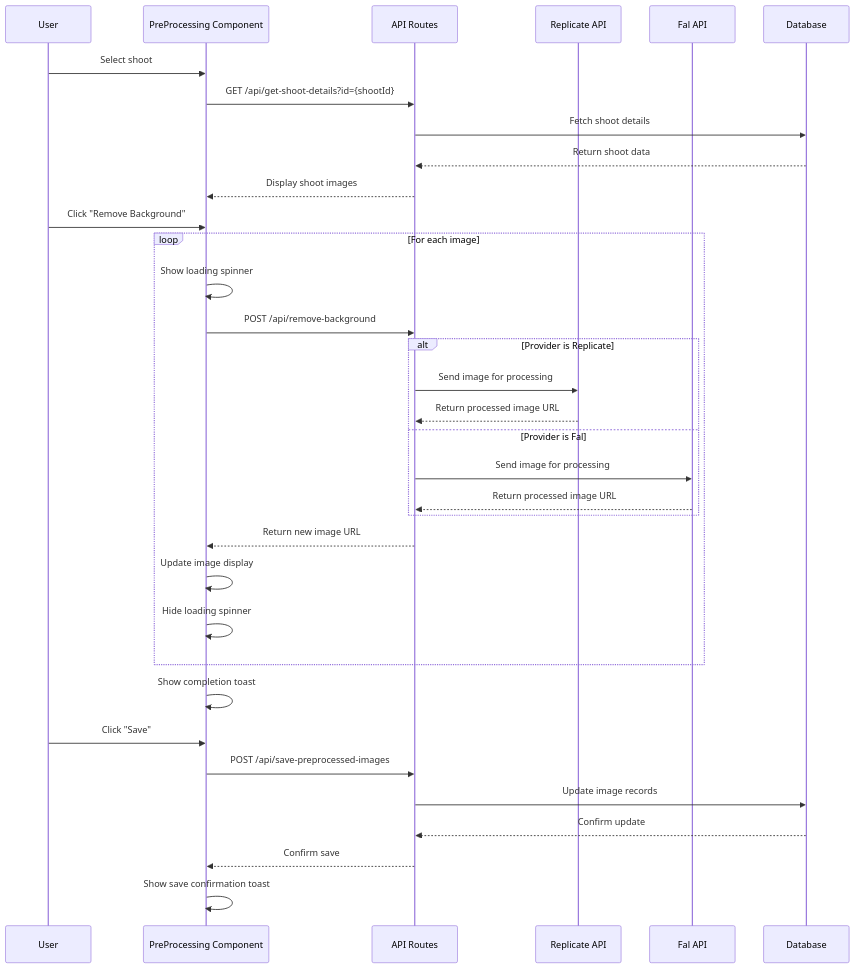
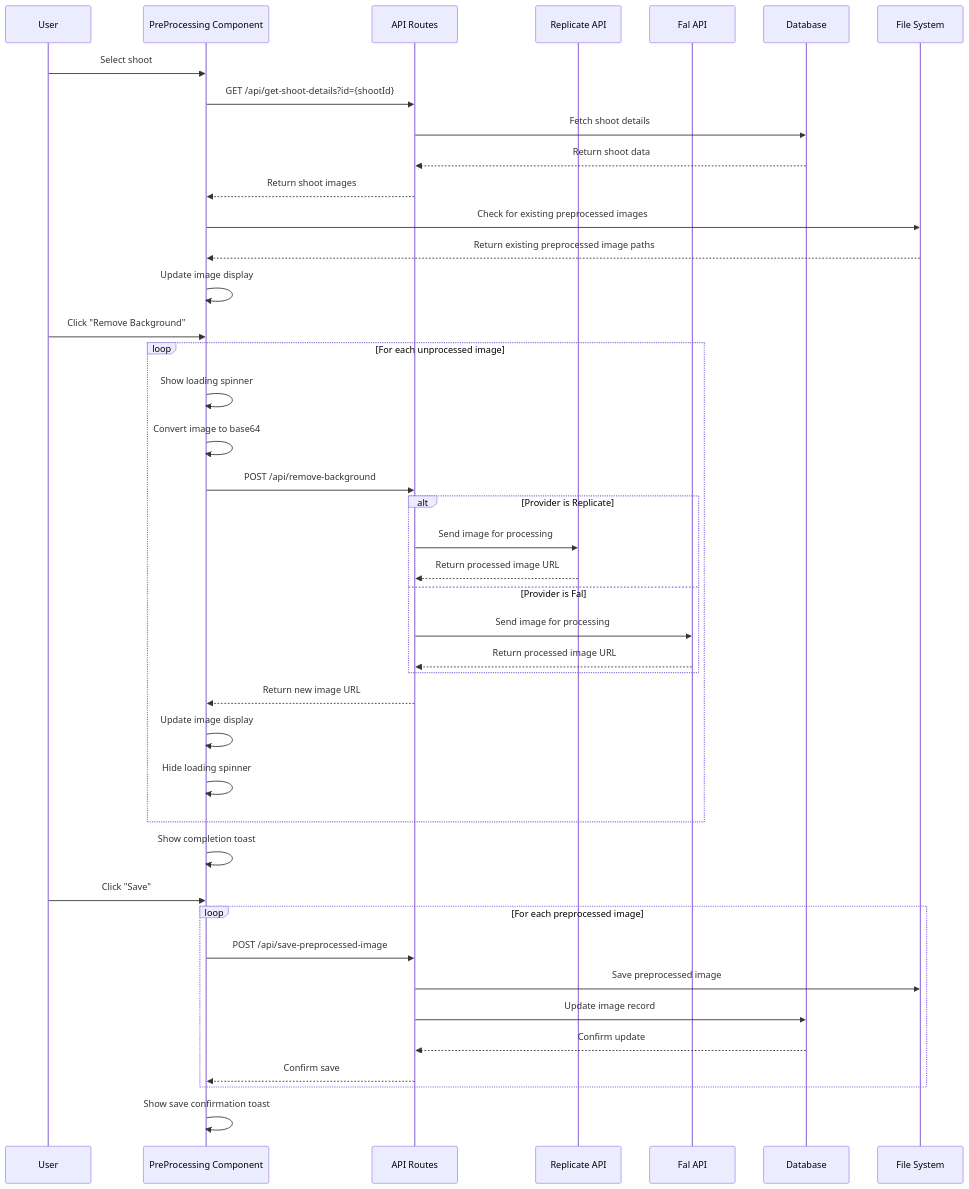
Before and after one commit to misterfancysocks/img-model-training-experiment: the diagram in _specs/pre-processing/remove-background-flow-diagram.md, drawn with Mermaid. The commit also changed 8 other files, not shown here.

````diff
--- a/_specs/pre-processing/remove-background-flow-diagram.md
+++ b/_specs/pre-processing/remove-background-flow-diagram.md
@@ -1,40 +1,48 @@
 ```mermaid
 sequenceDiagram
     participant User
     participant UI as PreProcessing Component
     participant API as API Routes
     participant Replicate as Replicate API
     participant Fal as Fal API
     participant DB as Database
+    participant FileSystem as File System
 
     User->>UI: Select shoot
     UI->>API: GET /api/get-shoot-details?id={shootId}
     API->>DB: Fetch shoot details
     DB-->>API: Return shoot data
-    API-->>UI: Display shoot images
+    API-->>UI: Return shoot images
+    UI->>FileSystem: Check for existing preprocessed images
+    FileSystem-->>UI: Return existing preprocessed image paths
+    UI->>UI: Update image display
 
     User->>UI: Click "Remove Background"
-    loop For each image
+    loop For each unprocessed image
         UI->>UI: Show loading spinner
+        UI->>UI: Convert image to base64
         UI->>API: POST /api/remove-background
         alt Provider is Replicate
             API->>Replicate: Send image for processing
             Replicate-->>API: Return processed image URL
         else Provider is Fal
             API->>Fal: Send image for processing
             Fal-->>API: Return processed image URL
         end
         API-->>UI: Return new image URL
         UI->>UI: Update image display
         UI->>UI: Hide loading spinner
     end
 
     UI->>UI: Show completion toast
 
     User->>UI: Click "Save"
-    UI->>API: POST /api/save-preprocessed-images
-    API->>DB: Update image records
-    DB-->>API: Confirm update
-    API-->>UI: Confirm save
+    loop For each preprocessed image
+        UI->>API: POST /api/save-preprocessed-image
+        API->>FileSystem: Save preprocessed image
+        API->>DB: Update image record
+        DB-->>API: Confirm update
+        API-->>UI: Confirm save
+    end
     UI->>UI: Show save confirmation toast
 ```
````
